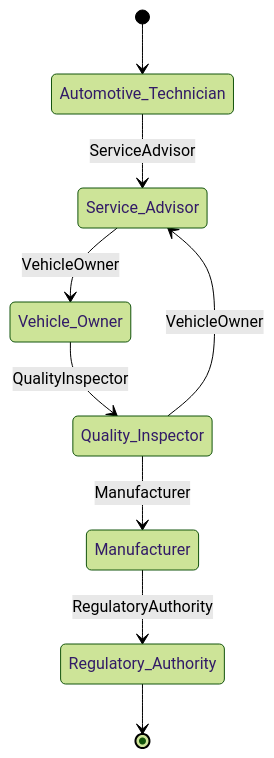
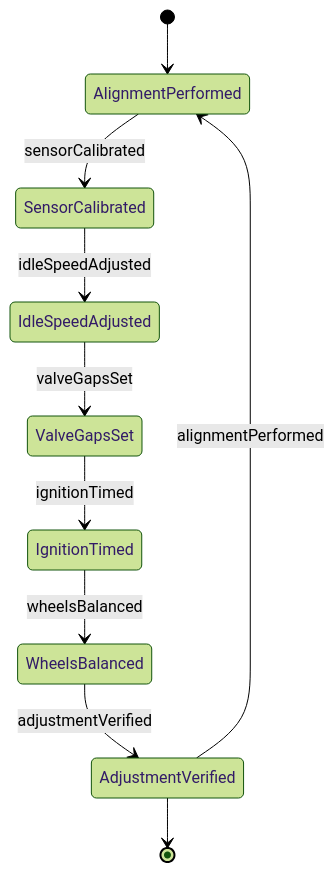
The second of 4 diagrams in HandlingAndMovingObjects/AdjustEquipmentToEnsureAdequatePerformance/AdjustVehicleComponentsAccordingSpecifications.mdx (dot-org-ai/tasks.org.ai), drawn with Mermaid (forest theme) before and after one commit. The commit also changed other lines of this file and 40 other files, not shown here.

First line of the commit message:
fix: Replace Actor-based ER and State diagrams with Entity/Event-based diagrams in 41 HandlingAndMovingObjects DWA files

````diff
--- a/HandlingAndMovingObjects/AdjustEquipmentToEnsureAdequatePerformance/AdjustVehicleComponentsAccordingSpecifications.mdx
+++ b/HandlingAndMovingObjects/AdjustEquipmentToEnsureAdequatePerformance/AdjustVehicleComponentsAccordingSpecifications.mdx
@@ -102,11 +100,12 @@
 ```mermaid
 stateDiagram-v2
-    [*] --> Automotive_Technician
-    Automotive_Technician --> Service_Advisor: ServiceAdvisor
-    Service_Advisor --> Vehicle_Owner: VehicleOwner
-    Vehicle_Owner --> Quality_Inspector: QualityInspector
-    Quality_Inspector --> Manufacturer: Manufacturer
-    Manufacturer --> Regulatory_Authority: RegulatoryAuthority
-    Quality_Inspector --> Service_Advisor: VehicleOwner
-    Regulatory_Authority --> [*]
+    [*] --> AlignmentPerformed
+    AlignmentPerformed --> SensorCalibrated : sensorCalibrated
+    SensorCalibrated --> IdleSpeedAdjusted : idleSpeedAdjusted
+    IdleSpeedAdjusted --> ValveGapsSet : valveGapsSet
+    ValveGapsSet --> IgnitionTimed : ignitionTimed
+    IgnitionTimed --> WheelsBalanced : wheelsBalanced
+    WheelsBalanced --> AdjustmentVerified : adjustmentVerified
+    AdjustmentVerified --> AlignmentPerformed : alignmentPerformed
+    AdjustmentVerified --> [*]
 ```
````
